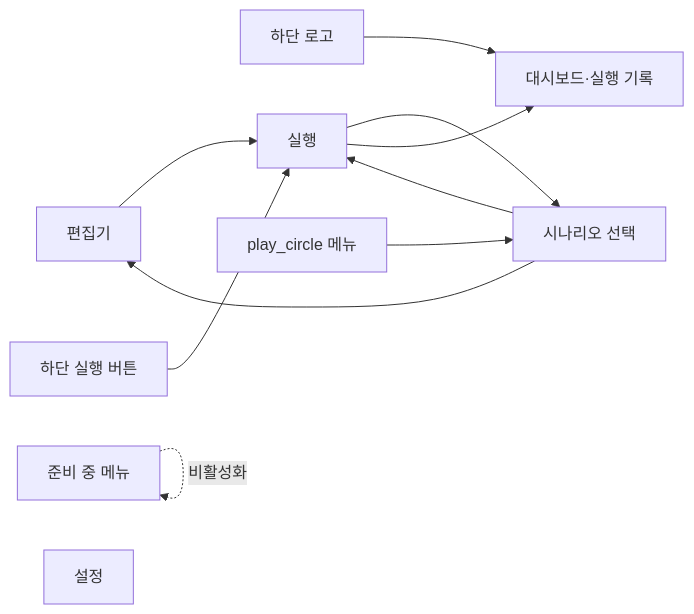
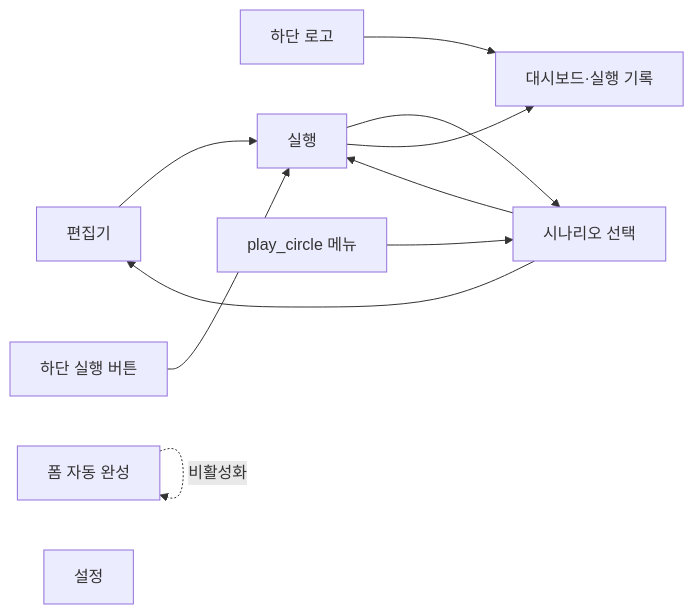
The diagram in docs/04-pages/README.md (ph-1dnjs/checkly), drawn with Mermaid before and after one commit. The commit also changed other lines of this file and 30 other files, not shown here.

````diff
--- a/docs/04-pages/README.md
+++ b/docs/04-pages/README.md
@@ -17,13 +18,14 @@
 ```mermaid
 flowchart LR
   L[하단 로고] --> D[대시보드·실행 기록]
   E[편집기] --> R[실행]
   M[play_circle 메뉴] --> P[시나리오 선택]
   P --> R[실행]
   X[하단 실행 버튼] --> R
   P --> E
   R --> P
   R --> D
   F[준비 중 메뉴] -. 비활성화 .-> F
   S[설정]
+  F[폼 자동 완성]
 ```
````
